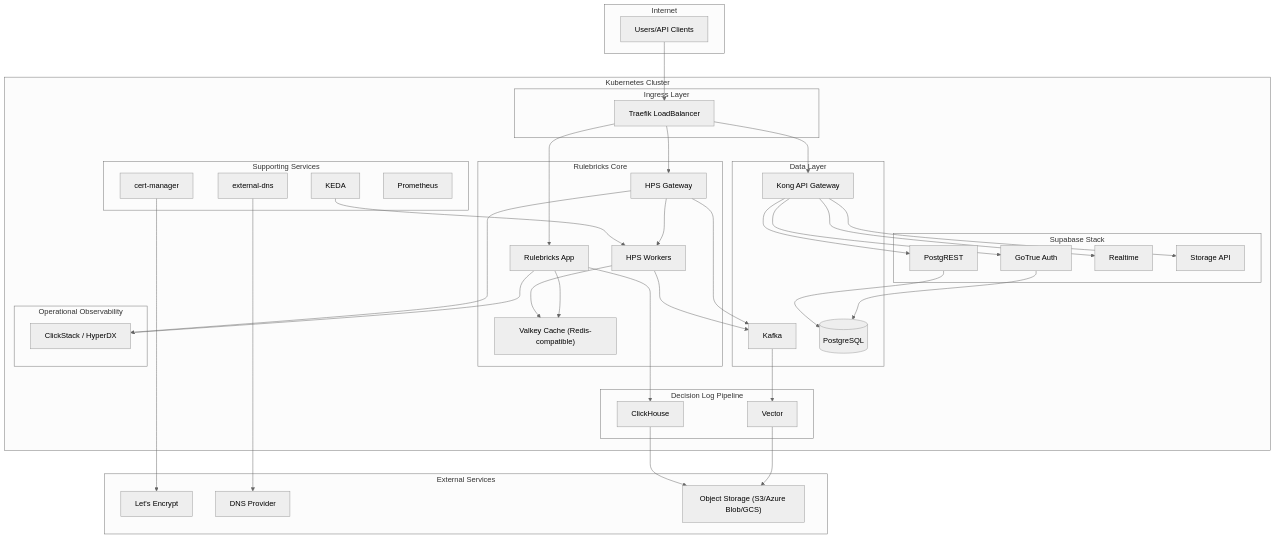
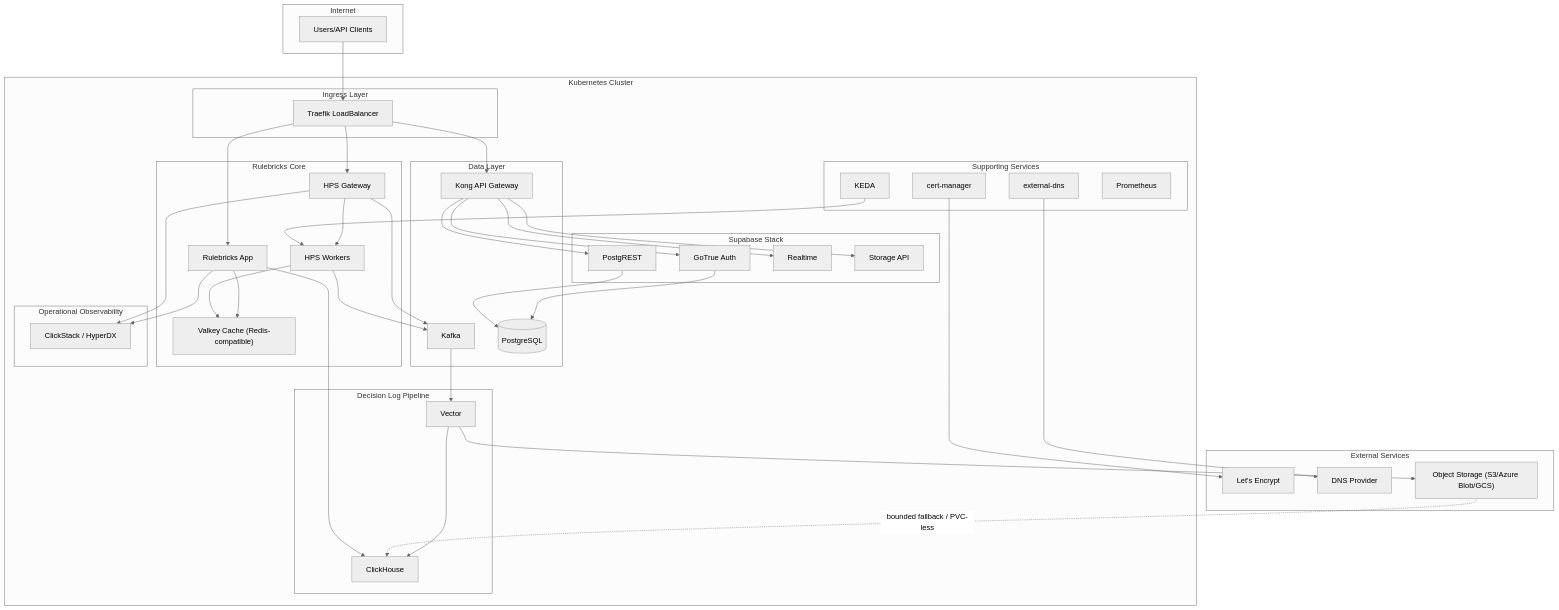
One commit to rulebricks/docs changed the first of 4 diagrams in pages/private-deployment/architecture.mdx. Above: the diagram before and after it, drawn with Mermaid (neutral theme). The commit also changed other lines of this file and 57 other files, not shown here.

```diff
--- a/pages/private-deployment/architecture.mdx
+++ b/pages/private-deployment/architecture.mdx
@@ -85,7 +85,8 @@
 
     Kafka --> Vector
     Vector --> ObjectStorage
-    ClickHouse --> ObjectStorage
+    Vector --> ClickHouse
+    ObjectStorage -.->|bounded fallback / PVC-less| ClickHouse
     App --> ClickHouse
     App --> ClickStack
     HPS --> ClickStack
```
